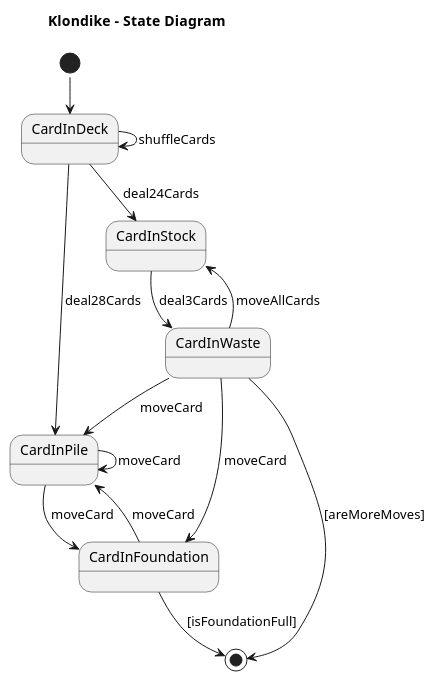
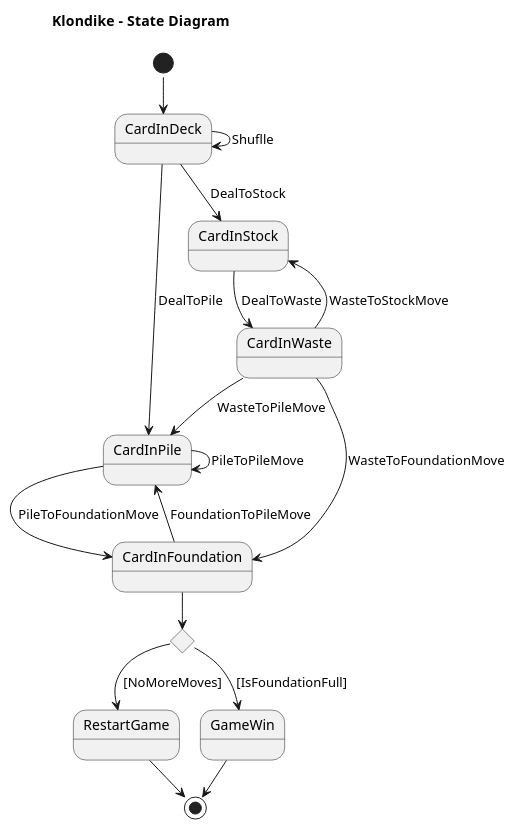
Before and after one commit to AngelOS95P/Maestria_IngSoftware_grupo6: the diagram in 1 Modelo de Dominio/03_Diagrama de estados.plantuml, drawn with PlantUML.

Commit message:
Update 03_Diagrama de estados.plantuml

```diff
--- a/1 Modelo de Dominio/03_Diagrama de estados.plantuml
+++ b/1 Modelo de Dominio/03_Diagrama de estados.plantuml
@@ -1,28 +1,34 @@
 @startuml StateDiagram
+title Klondike  - State Diagram
 !pragma layout smetana
-title Klondike  - State Diagram
 
-!pragma layout smetana
 state CardInDeck
 state CardInPile
 state CardInStock
 state CardInFoundation
+state GameFinal <<choice>>
+state RestartGame
+state GameWin
 
 [*] --> CardInDeck
-CardInDeck --> CardInDeck: shuffleCards
-CardInDeck --> CardInPile: deal28Cards
-CardInDeck --> CardInStock: deal24Cards
+CardInDeck --> CardInDeck: Shuflle
+CardInDeck --> CardInPile: DealToPile
+CardInDeck --> CardInStock: DealToStock
 
-CardInPile --> CardInPile: moveCard
-CardInPile --> CardInFoundation: moveCard
-CardInFoundation --> CardInPile: moveCard
+CardInPile --> CardInPile: PileToPileMove
+CardInPile --> CardInFoundation: PileToFoundationMove
+CardInFoundation --> CardInPile: FoundationToPileMove
 
-CardInStock --> CardInWaste: deal3Cards
-CardInWaste --> CardInStock: moveAllCards
-CardInWaste --> CardInPile: moveCard
-CardInWaste --> CardInFoundation: moveCard
+CardInStock --> CardInWaste: DealToWaste
+CardInWaste --> CardInStock: WasteToStockMove
+CardInWaste --> CardInPile: WasteToPileMove
+CardInWaste --> CardInFoundation: WasteToFoundationMove
 
-CardInFoundation --> [*]: [isFoundationFull]
-CardInWaste --> [*]: [areMoreMoves]
+CardInFoundation --> GameFinal
+GameFinal --> RestartGame: [NoMoreMoves]
+GameFinal --> GameWin: [IsFoundationFull]
+
+RestartGame --> [*]
+GameWin --> [*]
 
 @enduml
```
